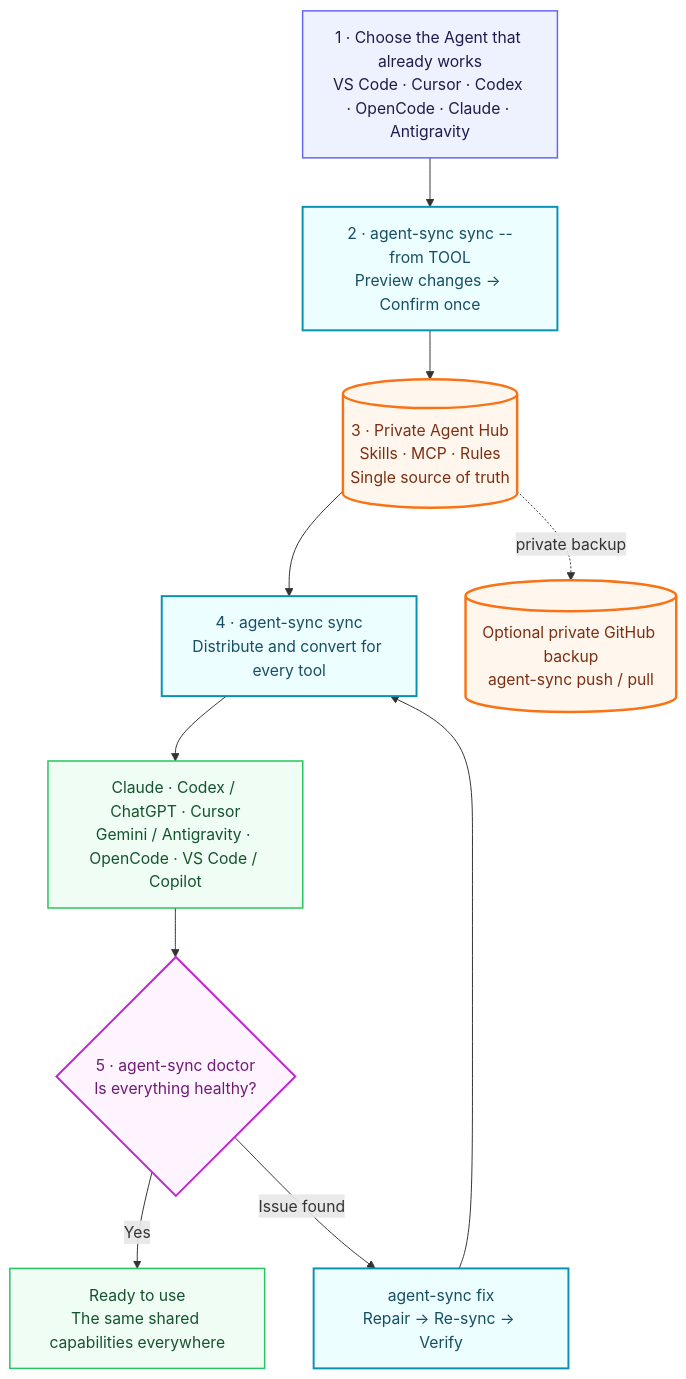
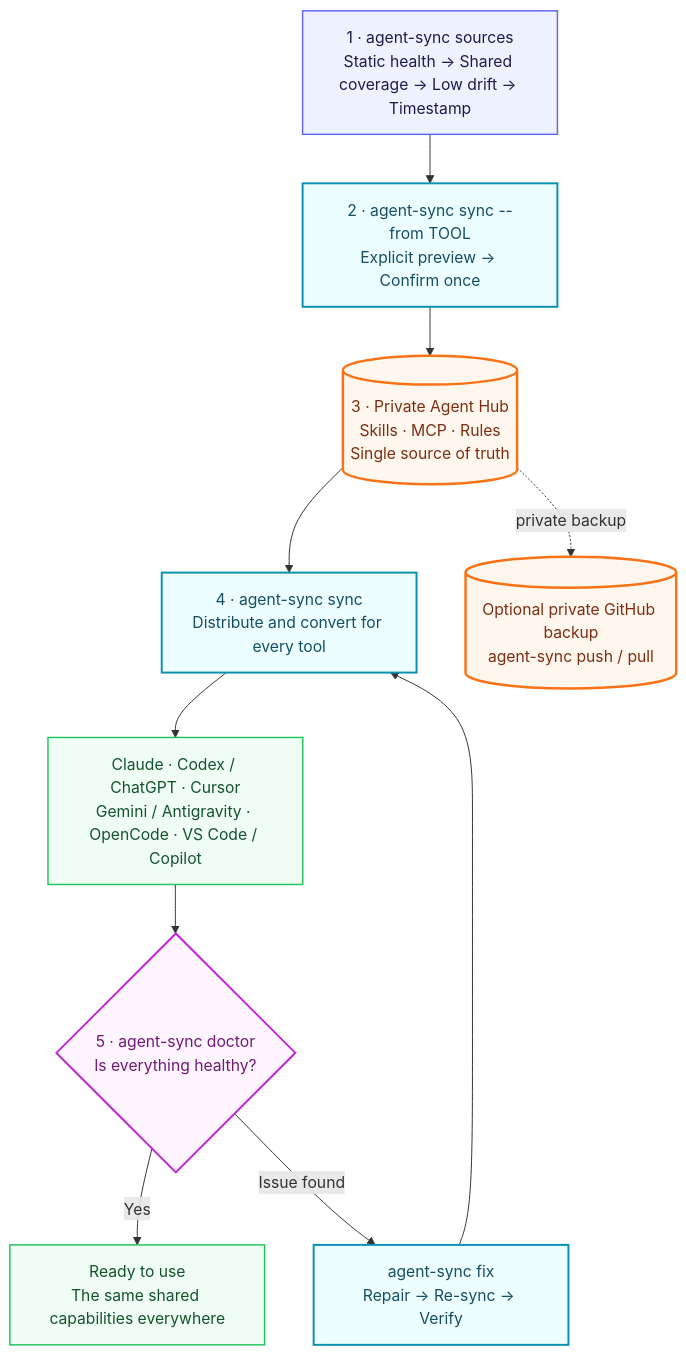
Before and after one commit to LittlePeter52012/agent-sync: the diagram in README.md, drawn with Mermaid. The commit also changed other lines of this file and 17 other files, not shown here.

Commit message:
feat: add source health and strict verification

````diff
--- a/README.md
+++ b/README.md
@@ -50,30 +56,30 @@
 ```mermaid
 flowchart TB
-    SOURCE["1 · Choose the Agent that already works<br/>VS Code · Cursor · Codex · OpenCode · Claude · Antigravity"]
-    PROMOTE["2 · agent-sync sync --from TOOL<br/>Preview changes → Confirm once"]
+    SOURCE["1 · agent-sync sources<br/>Static health → Shared coverage → Low drift → Timestamp"]
+    PROMOTE["2 · agent-sync sync --from TOOL<br/>Explicit preview → Confirm once"]
     HUB[("3 · Private Agent Hub<br/>Skills · MCP · Rules<br/>Single source of truth")]
     SYNC["4 · agent-sync sync<br/>Distribute and convert for every tool"]
     TARGETS["Claude · Codex / ChatGPT · Cursor<br/>Gemini / Antigravity · OpenCode · VS Code / Copilot"]
     CHECK{"5 · agent-sync doctor<br/>Is everything healthy?"}
     READY["Ready to use<br/>The same shared capabilities everywhere"]
     FIX["agent-sync fix<br/>Repair → Re-sync → Verify"]
     GH[("Optional private GitHub backup<br/>agent-sync push / pull")]
 
     SOURCE --> PROMOTE --> HUB --> SYNC --> TARGETS --> CHECK
     CHECK -->|"Yes"| READY
     CHECK -->|"Issue found"| FIX
     FIX --> SYNC
     HUB -. "private backup" .-> GH
 
     classDef source fill:#eef2ff,stroke:#6366f1,color:#1e1b4b,stroke-width:1.5px;
     classDef action fill:#ecfeff,stroke:#0891b2,color:#164e63,stroke-width:2px;
     classDef hub fill:#fff7ed,stroke:#f97316,color:#7c2d12,stroke-width:2.5px;
     classDef target fill:#f0fdf4,stroke:#22c55e,color:#14532d,stroke-width:1.5px;
     classDef check fill:#fdf4ff,stroke:#c026d3,color:#701a75,stroke-width:2px;
 
     class SOURCE source;
     class PROMOTE,SYNC,FIX action;
     class HUB,GH hub;
     class TARGETS,READY target;
     class CHECK check;
 ```
````
